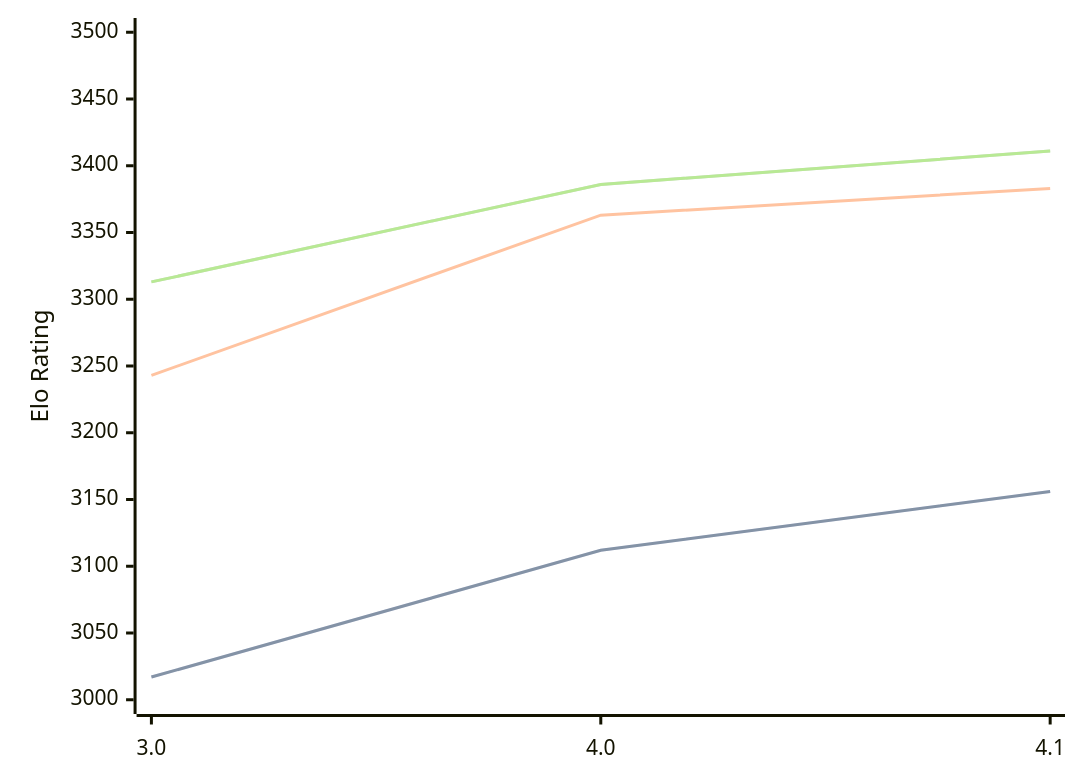
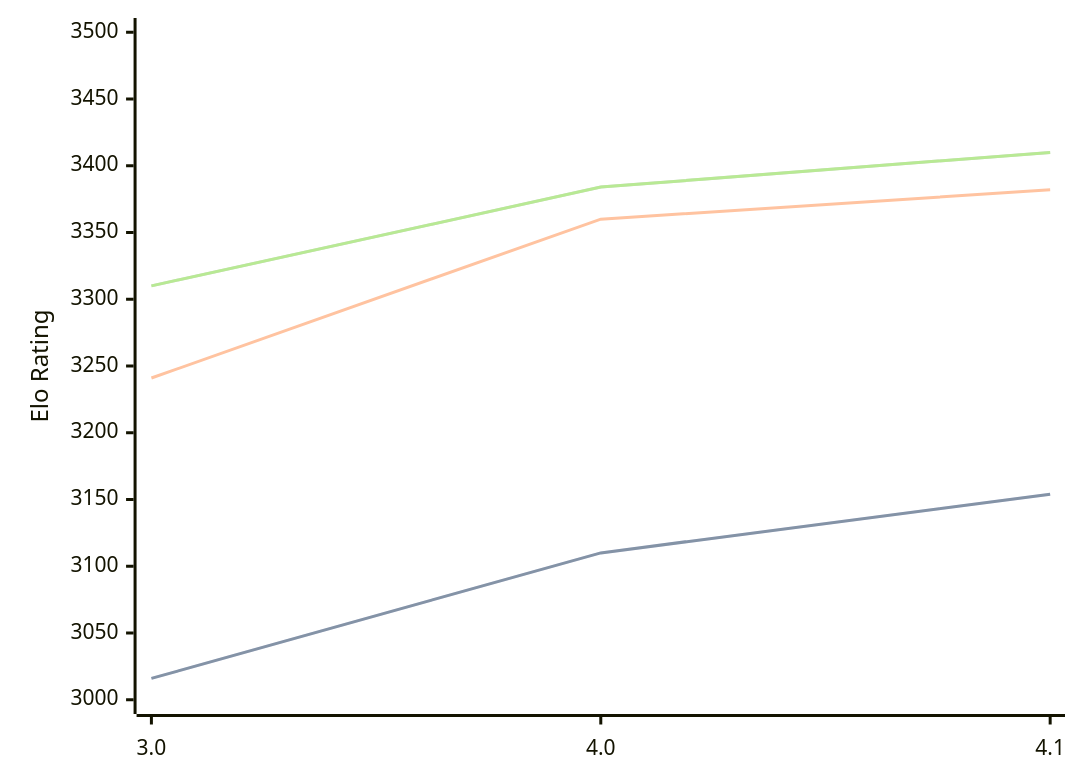
Before and after one commit to computer-chess-index/cci: the diagram in engines/Eleanor.md, drawn with Mermaid. The commit also changed other lines of this file, not shown here.

Commit message:
Update CCI Ratings (ELO VLTC) - 2026-08-12

````diff
--- a/engines/Eleanor.md
+++ b/engines/Eleanor.md
@@ -33,11 +33,11 @@
 ```mermaid
 %%{init: {"theme":"base","themeVariables":{"seriesColors:['#a3a3a3','#222221','#faa371']}}}%%
 xychart-beta
   x-axis ["3.0", "4.0", "4.1"]
   y-axis "Elo Rating" 3000 --> 3500
-  line "STC (8.0+0.08s)" [3017, 3112, 3156]
-  line "STC (8.0+0.08s)" [3017, 3112, 3156]
-  line "LTC (60.0+0.60s)" [3243, 3363, 3383]
-  line "VLTC (2m24s+1.12s)" [3313, 3386, 3411]
-  line "VLTC (2m24s+1.12s)" [3313, 3386, 3411]
+  line "STC (8.0+0.08s)" [3016, 3110, 3154]
+  line "STC (8.0+0.08s)" [3016, 3110, 3154]
+  line "LTC (60.0+0.60s)" [3241, 3360, 3382]
+  line "VLTC (2m24s+1.12s)" [3310, 3384, 3410]
+  line "VLTC (2m24s+1.12s)" [3310, 3384, 3410]
 ```
````
